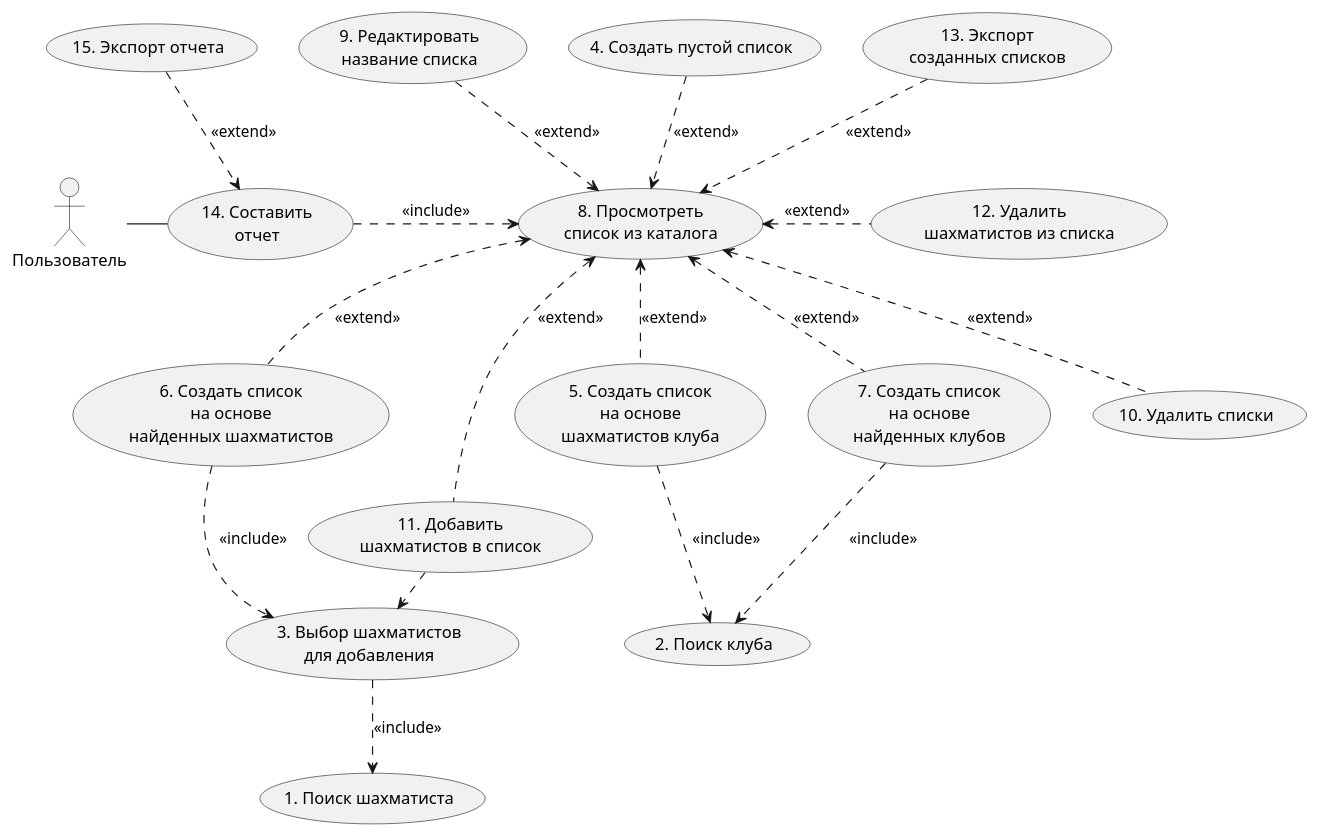
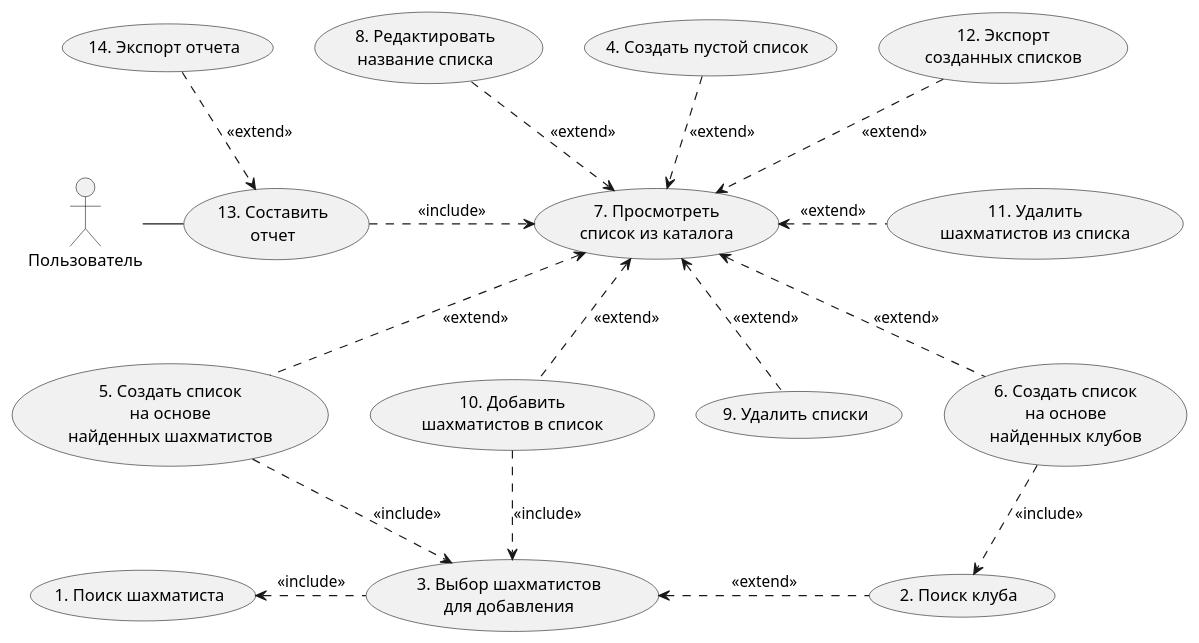
Before and after one commit to AleksanderNekr/LichessAnalyzer: the diagram in docs/use_case_tobe.puml, drawn with PlantUML.

Commit message:
[Docs] Remove createByClub Use Case as redundant because of createByClubs.

```diff
--- a/docs/use_case_tobe.puml
+++ b/docs/use_case_tobe.puml
@@ -1,39 +1,38 @@
 @startuml
 
 actor Пользователь as user
 
 usecase (1. Поиск шахматиста) as searchPlayer  
 usecase (2. Поиск клуба) as searchClub
 usecase (3. Выбор шахматистов\nдля добавления) as choosePlayers 
 usecase (4. Создать пустой список) as createEmpty
-usecase (5. Создать список\nна основе\nшахматистов клуба) as createByClub 
-usecase (6. Создать список\nна основе\nнайденных шахматистов) as createByPlayers 
-usecase (7. Создать список\nна основе\nнайденных клубов) as createByClubs 
-usecase (8. Просмотреть\nсписок из каталога) as readList 
-usecase (9. Редактировать\nназвание списка) as editList
-usecase (10. Удалить списки) as deleteList
-usecase (11. Добавить\nшахматистов в список) as addPlayer 
-usecase (12. Удалить\nшахматистов из списка) as deletePlayer
-usecase (13. Экспорт\nсозданных списков) as exportList
-usecase (14. Составить\nотчет) as createDashboard 
-usecase (15. Экспорт отчета) as exportDashboard
+    usecase (5. Создать список\nна основе\nнайденных шахматистов) as createByPlayers 
+    usecase (6. Создать список\nна основе\nнайденных клубов) as createByClubs 
+    usecase (7. Просмотреть\nсписок из каталога) as readList 
+    usecase (8. Редактировать\nназвание списка) as editList
+    usecase (9. Удалить списки) as deleteList
+    usecase (10. Добавить\nшахматистов в список) as addPlayer 
+    usecase (11. Удалить\nшахматистов из списка) as deletePlayer
+    usecase (12. Экспорт\nсозданных списков) as exportList
+    usecase (13. Составить\nотчет) as createDashboard 
+    usecase (14. Экспорт отчета) as exportDashboard
 
-user - createDashboard
-    createDashboard <.u. exportDashboard : <<extend>>
-    createDashboard .r.> readList : <<include>>
-        readList <.u. createEmpty : <<extend>>
-        readList <.. createByClub : <<extend>>
-            createByClub ..> searchClub : <<include>>
-        readList <.. createByClubs : <<extend>>
-            createByClubs ..> searchClub : <<include>>
-        readList <.. createByPlayers : <<extend>>
-            createByPlayers ..> choosePlayers : <<include>>
-                choosePlayers ..> searchPlayer : <<include>>
-        readList <.u. editList : <<extend>>
-        readList <.. deleteList : <<extend>>
-        readList <.u. exportList : <<extend>>
-        readList <. deletePlayer : <<extend>>
-        readList <.. addPlayer : <<extend>>
-            addPlayer .r.> choosePlayers : <<include>>
+    user - createDashboard
+        createDashboard <.u. exportDashboard : <<extend>>
+        createDashboard .r.> readList : <<include>>
+            readList <.u. createEmpty : <<extend>>
+            readList <.. createByClubs : <<extend>>
+                createByClubs ..> searchClub : <<include>>
+            readList <.. createByPlayers : <<extend>>
+                createByPlayers ..> choosePlayers : <<include>>
+                    choosePlayers .l.> searchPlayer : <<include>>
+                    choosePlayers <. searchClub : <<extend>>
+            readList <.u. editList : <<extend>>
+            readList <.. deleteList : <<extend>>
+            readList <.u. exportList : <<extend>>
+            readList <. deletePlayer : <<extend>>
+            readList <.. addPlayer : <<extend>>
+                addPlayer ..> choosePlayers : <<include>>
+}
 
 @enduml
```
